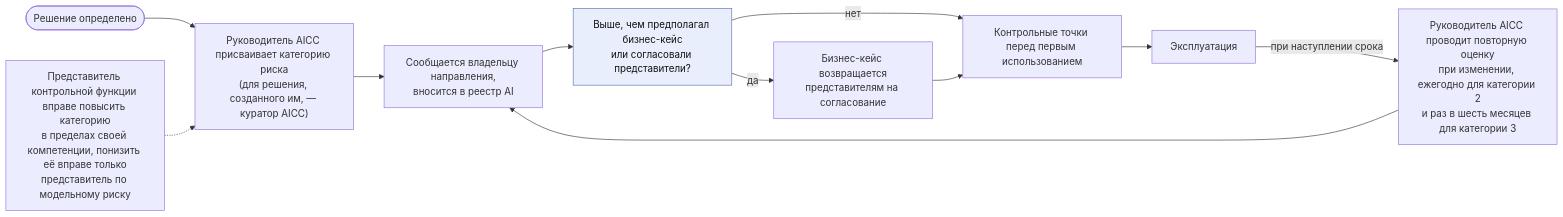
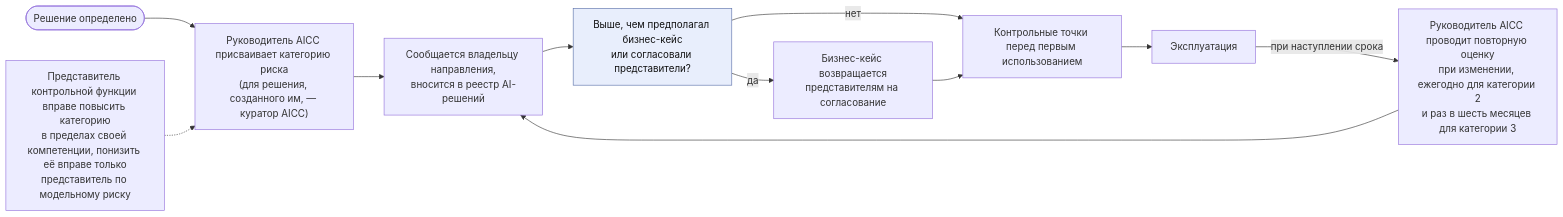
One commit to devhogu/ob-aicc changed the first of 3 diagrams in charter/ru/workflows/ai-risk-control.md. Above: the diagram before and after it, drawn with Mermaid. The commit also changed other lines of this file and 370 other files, not shown here.

````diff
--- a/charter/ru/workflows/ai-risk-control.md
+++ b/charter/ru/workflows/ai-risk-control.md
@@ -21,15 +21,15 @@
 ```mermaid
 flowchart LR
   DEF(["Решение определено"]) --> AS["Руководитель AICC присваивает категорию риска<br/>(для решения, созданного им, — куратор AICC)"]
-  AS --> TELL["Сообщается владельцу направления,<br/>вносится в реестр AI"]
+  AS --> TELL["Сообщается владельцу направления,<br/>вносится в реестр AI-решений"]
   TELL --> CASE["Выше, чем предполагал бизнес-кейс<br/>или согласовали представители?"]
   CASE -->|"да"| RET["Бизнес-кейс возвращается<br/>представителям на согласование"]
   CASE -->|"нет"| GATES["Контрольные точки перед первым использованием"]
   RET --> GATES
   GATES --> LIVE["Эксплуатация"]
   LIVE -->|"при наступлении срока"| RE["Руководитель AICC проводит повторную оценку<br/>при изменении, ежегодно для категории 2<br/>и раз в шесть месяцев для категории 3"]
   RE --> TELL
   CF["Представитель контрольной функции вправе повысить категорию<br/>в пределах своей компетенции, понизить её вправе только<br/>представитель по модельному риску"] -.-> AS
   classDef gate fill:#e8eefc,stroke:#5a6fa8,color:#111
   class CASE gate
 ```
````
